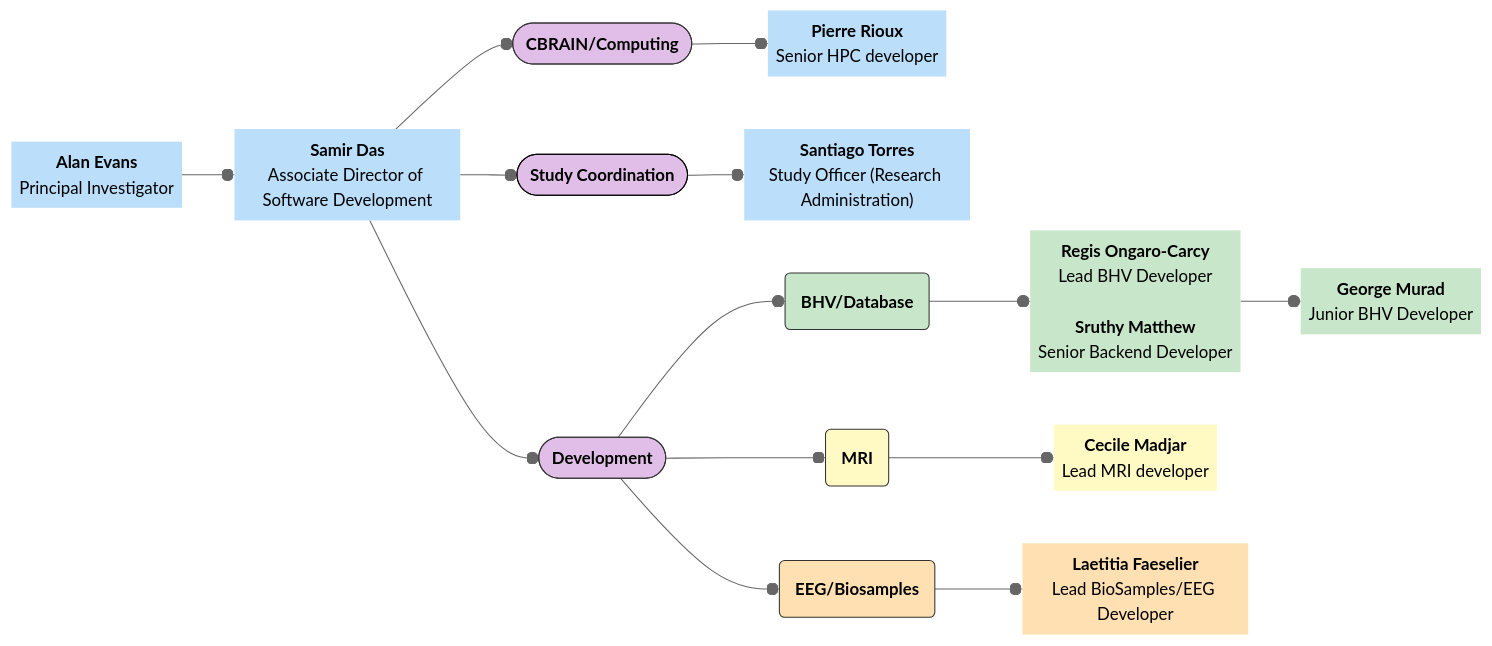
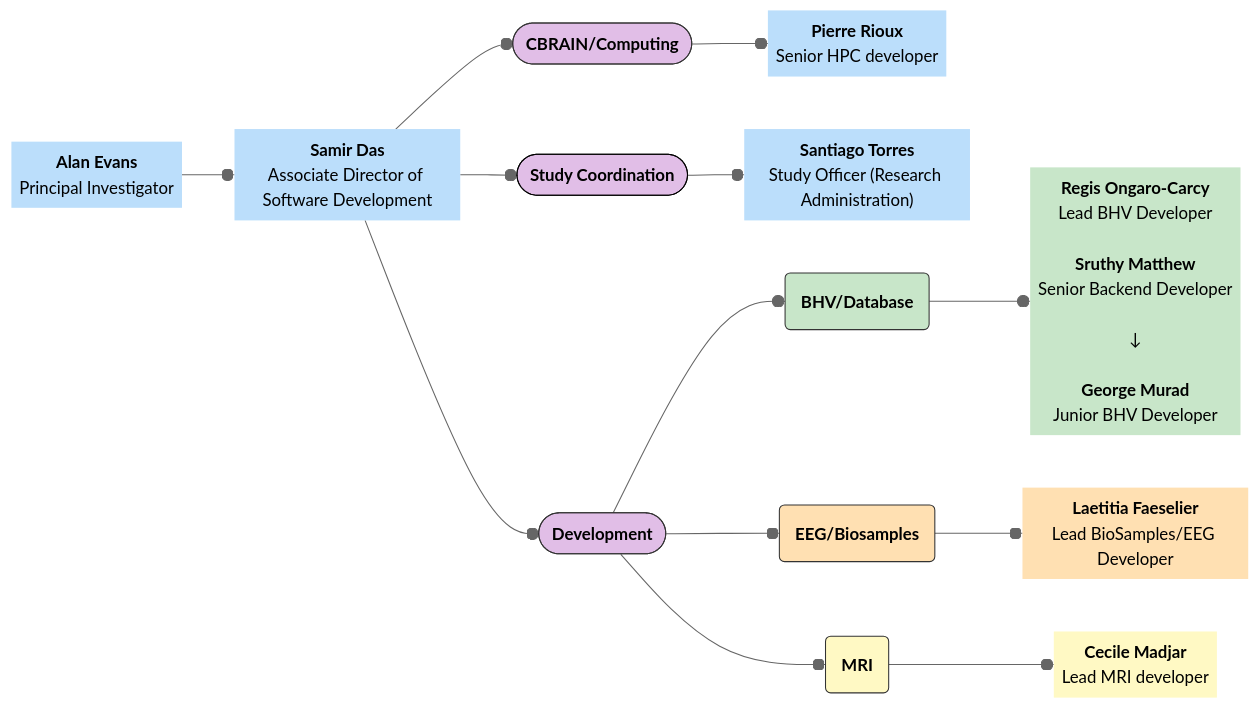
One commit to DCAN-Labs/hbcd-docs-internal changed the third of 3 diagrams in docs/orgcharts.md. Above: the diagram before and after it, drawn with Mermaid (neutral theme). The commit also changed other lines of this file, not shown here.

````diff
--- a/docs/orgcharts.md
+++ b/docs/orgcharts.md
@@ -96,44 +97,43 @@
 ```mermaid
 ---
 config:
   layout: dagre
 ---
 flowchart LR
     A["<b>Alan Evans</b><br>Principal Investigator"] --o nl["<b>Samir Das</b><br>Associate Director of Software Development"]
     nl --o n9(["<b>Study Coordination</b>"]) & C(["<b>CBRAIN/Computing</b>"]) & B(["<b>Development</b>"])
     C --o D["<b>Pierre Rioux</b><br>Senior HPC developer"]
     n9 --o E["<b>Santiago Torres</b><br>Study Officer (Research Administration)"]
     B --o F["<b>BHV/Database</b>"] & H["<b>EEG/Biosamples</b>"] & G["<b>MRI</b>"]
     F --o I["<b>Regis Ongaro-Carcy</b><br>Lead BHV Developer<br>
-    <b>Sruthy Matthew</b><br>Senior Backend Developer"]
-    I --o K["<b>George Murad</b><br>Junior BHV Developer"]
+    <b>Sruthy Matthew</b><br>Senior Backend Developer<br>
+     ↓ <br>
+     <b>George Murad</b><br>Junior BHV Developer"]
     G --o L["<b>Cecile Madjar</b><br>Lead MRI developer"]
     H --o M["<b>Laetitia Faeselier</b><br>Lead BioSamples/EEG Developer"]
     A@{ shape: text}
     nl@{ shape: text}
     D@{ shape: text}
     E@{ shape: text}
     F@{ shape: rounded}
     H@{ shape: rounded}
     G@{ shape: rounded}
     I@{ shape: text}
-    K@{ shape: text}
     L@{ shape: text}
     M@{ shape: text}
     style A stroke:#000000,fill:#BBDEFB
     style nl stroke:#000000,fill:#BBDEFB
     style n9 stroke:#000000,fill:#E1BEE7,stroke-width:1px,stroke-dasharray: 0
     style C stroke:#333,fill:#E1BEE7
     style B stroke:#333,fill:#E1BEE7
     style D stroke:#333,fill:#BBDEFB
     style E stroke:#333,fill:#BBDEFB
     style F stroke:#333,fill:#C8E6C9
     style H stroke:#333,fill:#FFE0B2
     style G stroke:#333,fill:#FFF9C4
     style I stroke:#333,fill:#C8E6C9
-    style K stroke:#333,fill:#C8E6C9
     style L stroke:#000000,fill:#FFF9C4
     style M fill:#FFE0B2,stroke:#000000
     click A "#alan-evans-principal-investigator"
     click nl "#samir-das-associate-director-of-software-development"
 ```
````
